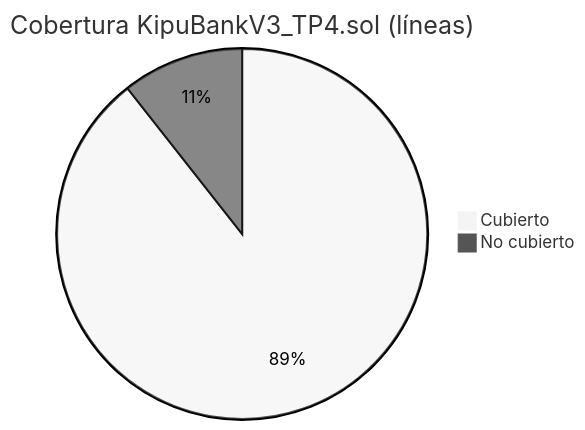
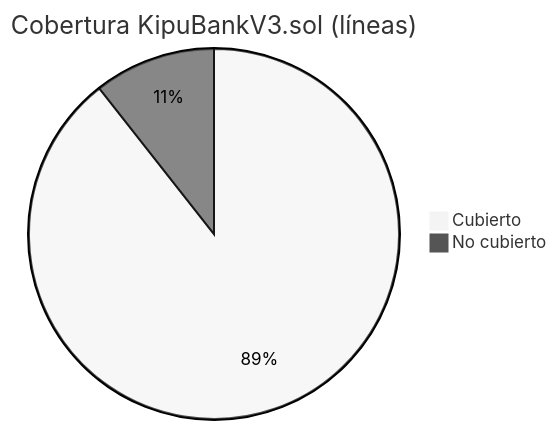
Diagram 13 of 13 in docs/Informe_Educativo_KipuBankV3_TP4.md (g-centurion/KipuBankV3), drawn with Mermaid (neutral theme) before and after one commit. The commit also changed other lines of this file and 9 other files, not shown here.

Commit message:
KipuBankV3.sol: rename; move errors/events to file scope for tests; NatSpec improvements; optimize price SLOAD; update imports/docs; pass tests in WSL

````diff
--- a/docs/Informe_Educativo_KipuBankV3_TP4.md
+++ b/docs/Informe_Educativo_KipuBankV3_TP4.md
@@ -550,6 +550,6 @@
 ```mermaid
 pie
-  title Cobertura KipuBankV3_TP4.sol (líneas)
+  title Cobertura KipuBankV3.sol (líneas)
   "Cubierto" : 89.38
   "No cubierto" : 10.62
 ```
````
